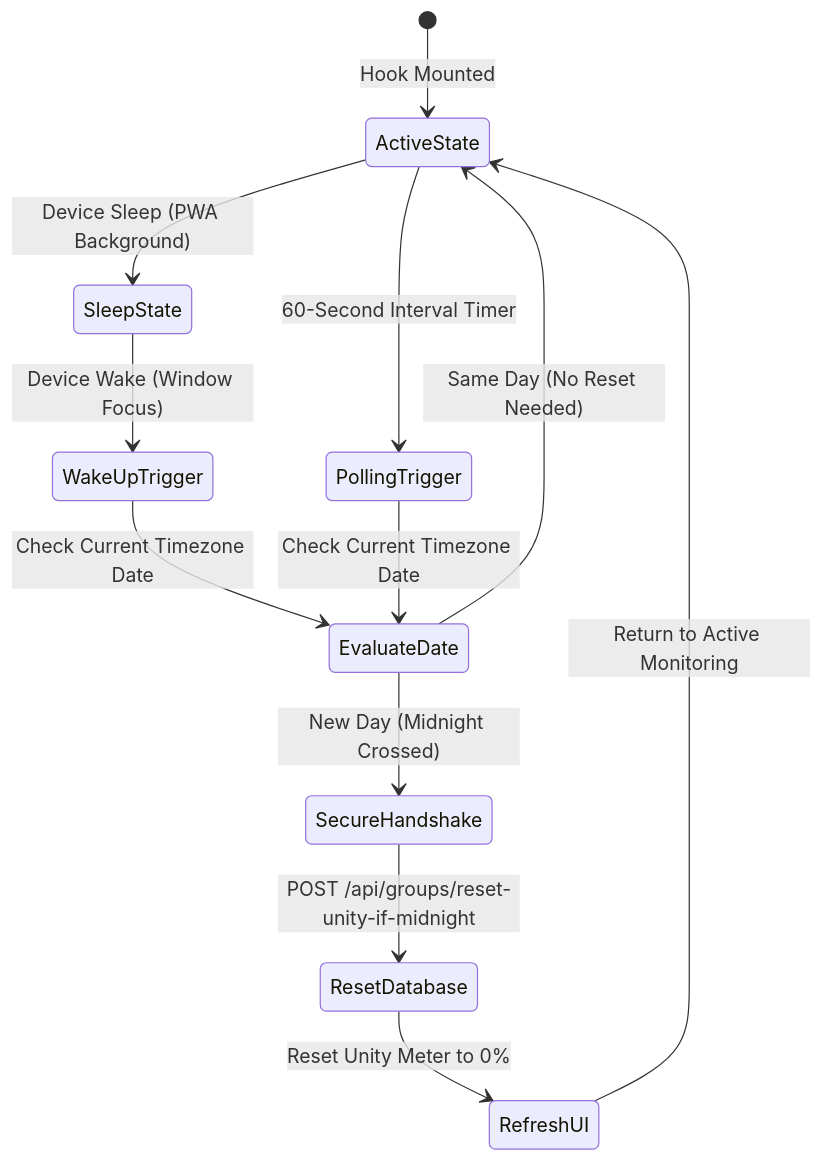
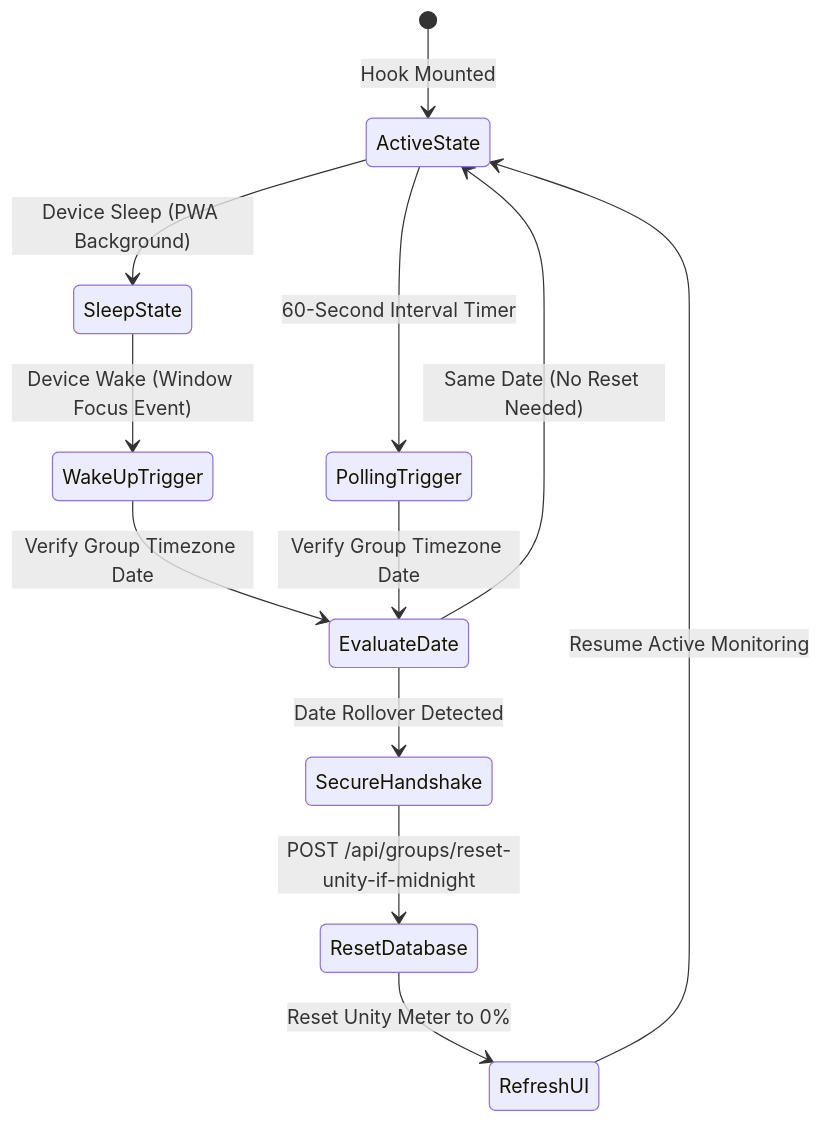
One commit to ScriptureHabit/scripture-habit changed the diagram in docs/client-unity-midnight-reset.md. Above: the diagram before and after it, drawn with Mermaid. The commit also changed other lines of this file and 57 other files, not shown here.

Commit message:
docs: refine documentation prose and add structured diagram breakdowns across JA and EN

````diff
--- a/docs/client-unity-midnight-reset.md
+++ b/docs/client-unity-midnight-reset.md
@@ -11,18 +11,18 @@
 ```mermaid
 stateDiagram-v2
     [*] --> ActiveState: Hook Mounted
     
     ActiveState --> SleepState: Device Sleep (PWA Background)
-    SleepState --> WakeUpTrigger: Device Wake (Window Focus)
-    WakeUpTrigger --> EvaluateDate: Check Current Timezone Date
+    SleepState --> WakeUpTrigger: Device Wake (Window Focus Event)
+    WakeUpTrigger --> EvaluateDate: Verify Group Timezone Date
     
     ActiveState --> PollingTrigger: 60-Second Interval Timer
-    PollingTrigger --> EvaluateDate: Check Current Timezone Date
+    PollingTrigger --> EvaluateDate: Verify Group Timezone Date
     
-    EvaluateDate --> ActiveState: Same Day (No Reset Needed)
-    EvaluateDate --> SecureHandshake: New Day (Midnight Crossed)
+    EvaluateDate --> ActiveState: Same Date (No Reset Needed)
+    EvaluateDate --> SecureHandshake: Date Rollover Detected
     
     SecureHandshake --> ResetDatabase: POST /api/groups/reset-unity-if-midnight
     ResetDatabase --> RefreshUI: Reset Unity Meter to 0%
-    RefreshUI --> ActiveState: Return to Active Monitoring
+    RefreshUI --> ActiveState: Resume Active Monitoring
 ```
````
